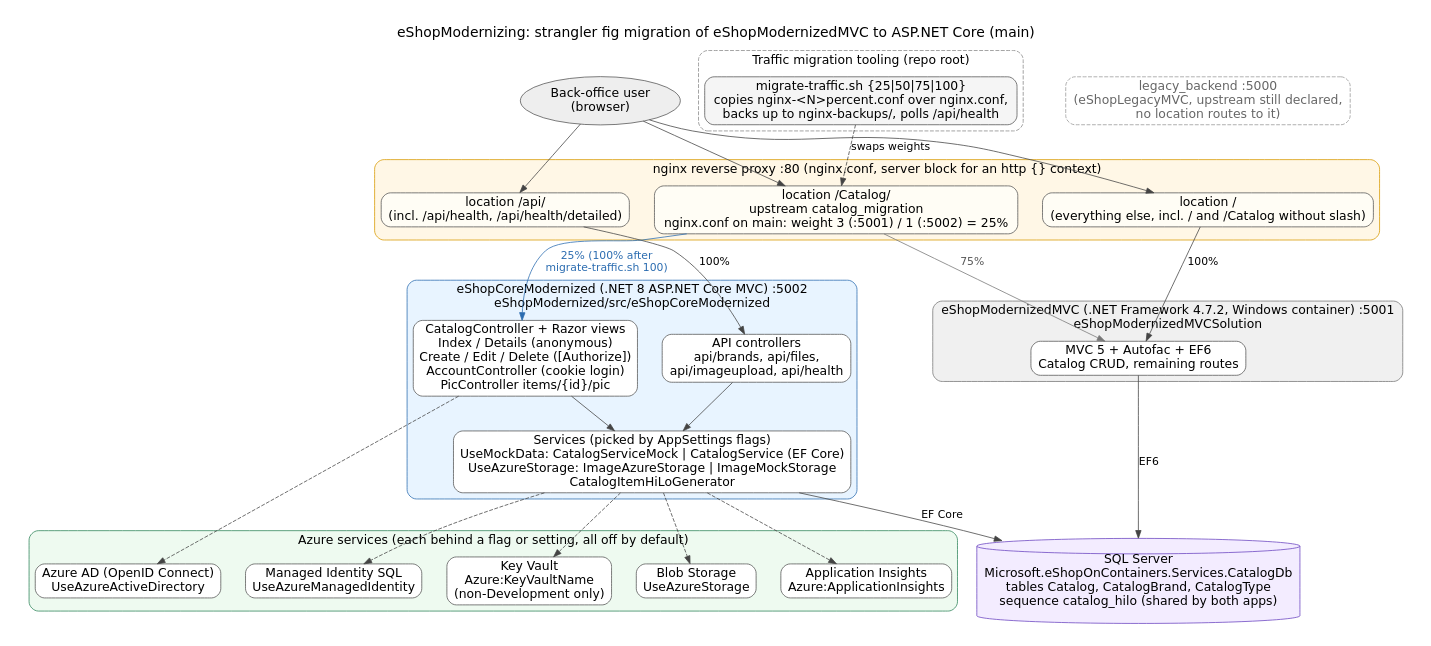
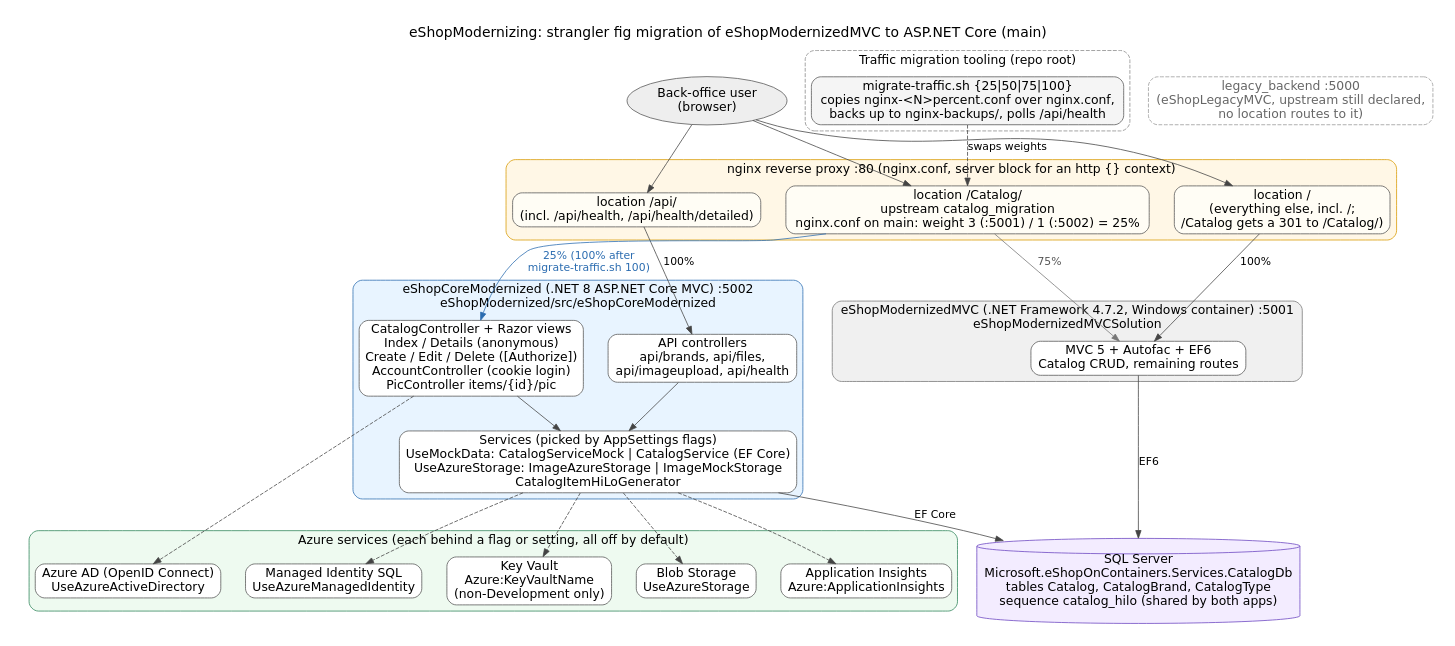
The diagram in docs/diagrams/architecture.dot (COG-GTM/eShopModernizing), drawn with Graphviz before and after one commit. The commit also changed 3 other files, not shown here.

Commit message:
docs: /Catalog without a trailing slash is redirected to /Catalog/

```diff
--- a/docs/diagrams/architecture.dot
+++ b/docs/diagrams/architecture.dot
@@ -1,74 +1,74 @@
 // eShopModernizing strangler fig setup on main.
 // Edit this file, then run ./render.sh to regenerate architecture.png and architecture.svg.
 digraph eshop_strangler {
   graph [rankdir=TB, fontname="DejaVu Sans", fontsize=18, labelloc=t, nodesep=0.45, ranksep=0.6, pad=0.3,
          label="eShopModernizing: strangler fig migration of eShopModernizedMVC to ASP.NET Core (main)"];
   node  [shape=box, style="rounded,filled", fontname="DejaVu Sans", fontsize=16, fillcolor=white, color="#555555"];
   edge  [fontname="DejaVu Sans", fontsize=14, color="#444444"];
 
   browser [label="Back-office user\n(browser)", shape=oval, fillcolor="#eeeeee"];
 
   subgraph cluster_proxy {
     label="nginx reverse proxy :80 (nginx.conf, server block for an http {} context)";
     style="rounded,filled"; fillcolor="#fff7e6"; color="#d99a00"; fontsize=16;
     r_api     [label="location /api/\n(incl. /api/health, /api/health/detailed)", fillcolor="#fffdf5"];
     r_catalog [label="location /Catalog/\nupstream catalog_migration\nnginx.conf on main: weight 3 (:5001) / 1 (:5002) = 25%", fillcolor="#fffdf5"];
-    r_root    [label="location /\n(everything else, incl. / and /Catalog without slash)", fillcolor="#fffdf5"];
+    r_root    [label="location /\n(everything else, incl. /;\n/Catalog gets a 301 to /Catalog/)", fillcolor="#fffdf5"];
     {rank=same; r_api; r_catalog; r_root;}
   }
 
   subgraph cluster_ops {
     label="Traffic migration tooling (repo root)";
     style="rounded,dashed"; color="#888888"; fontsize=16;
     script  [label="migrate-traffic.sh {25|50|75|100}\ncopies nginx-<N>percent.conf over nginx.conf,\nbacks up to nginx-backups/, polls /api/health", fillcolor="#f5f5f5"];
   }
 
   subgraph cluster_core {
     label="eShopCoreModernized (.NET 8 ASP.NET Core MVC) :5002\neShopModernized/src/eShopCoreModernized";
     style="rounded,filled"; fillcolor="#e8f4ff"; color="#2b6cb0"; fontsize=16;
     core_mvc [label="CatalogController + Razor views\nIndex / Details (anonymous)\nCreate / Edit / Delete ([Authorize])\nAccountController (cookie login)\nPicController items/{id}/pic"];
     core_api [label="API controllers\napi/brands, api/files,\napi/imageupload, api/health"];
     core_svc [label="Services (picked by AppSettings flags)\nUseMockData: CatalogServiceMock | CatalogService (EF Core)\nUseAzureStorage: ImageAzureStorage | ImageMockStorage\nCatalogItemHiLoGenerator"];
     {rank=same; core_mvc; core_api;}
   }
 
   subgraph cluster_fx {
     label="eShopModernizedMVC (.NET Framework 4.7.2, Windows container) :5001\neShopModernizedMVCSolution";
     style="rounded,filled"; fillcolor="#f0f0f0"; color="#777777"; fontsize=16;
     fx_app [label="MVC 5 + Autofac + EF6\nCatalog CRUD, remaining routes"];
   }
 
   legacy [label="legacy_backend :5000\n(eShopLegacyMVC, upstream still declared,\nno location routes to it)", style="rounded,dashed", fillcolor="#fafafa", color="#999999", fontcolor="#666666"];
 
   sql [label="SQL Server\nMicrosoft.eShopOnContainers.Services.CatalogDb\ntables Catalog, CatalogBrand, CatalogType\nsequence catalog_hilo (shared by both apps)", shape=cylinder, fillcolor="#f3ecff", color="#6b46c1"];
 
   subgraph cluster_azure {
     label="Azure services (each behind a flag or setting, all off by default)";
     style="rounded,filled"; fillcolor="#eefaf0"; color="#2f855a"; fontsize=16;
     kv    [label="Key Vault\nAzure:KeyVaultName\n(non-Development only)"];
     blob  [label="Blob Storage\nUseAzureStorage"];
     ai    [label="Application Insights\nAzure:ApplicationInsights"];
     aad   [label="Azure AD (OpenID Connect)\nUseAzureActiveDirectory"];
     msi   [label="Managed Identity SQL\nUseAzureManagedIdentity"];
     {rank=same; kv; blob; ai; aad; msi;}
   }
 
   browser -> r_api; browser -> r_catalog; browser -> r_root;
   script -> r_catalog [style=dashed, label="swaps weights"];
 
   r_api     -> core_api [label="100%"];
   r_catalog -> core_mvc [label="25% (100% after\nmigrate-traffic.sh 100)", color="#2b6cb0", fontcolor="#2b6cb0"];
   r_catalog -> fx_app   [label="75%", color="#777777", fontcolor="#555555"];
   r_root    -> fx_app   [label="100%"];
   legacy -> r_root [style=invis];
 
   core_mvc -> core_svc; core_api -> core_svc;
   core_svc -> sql [label="EF Core"];
   fx_app   -> sql [label="EF6"];
 
   core_svc -> blob [style=dashed];
   core_svc -> msi  [style=dashed];
   core_svc -> kv   [style=dashed];
   core_svc -> ai   [style=dashed];
   core_mvc -> aad  [style=dashed];
 }
```
